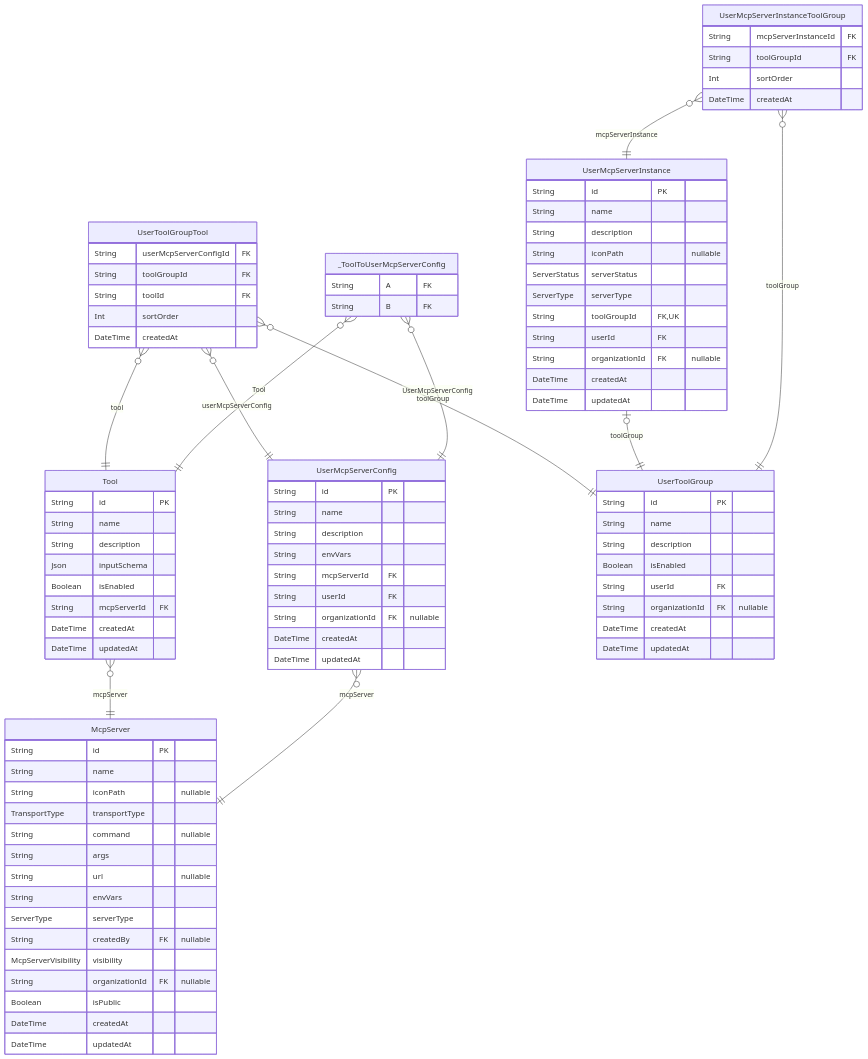
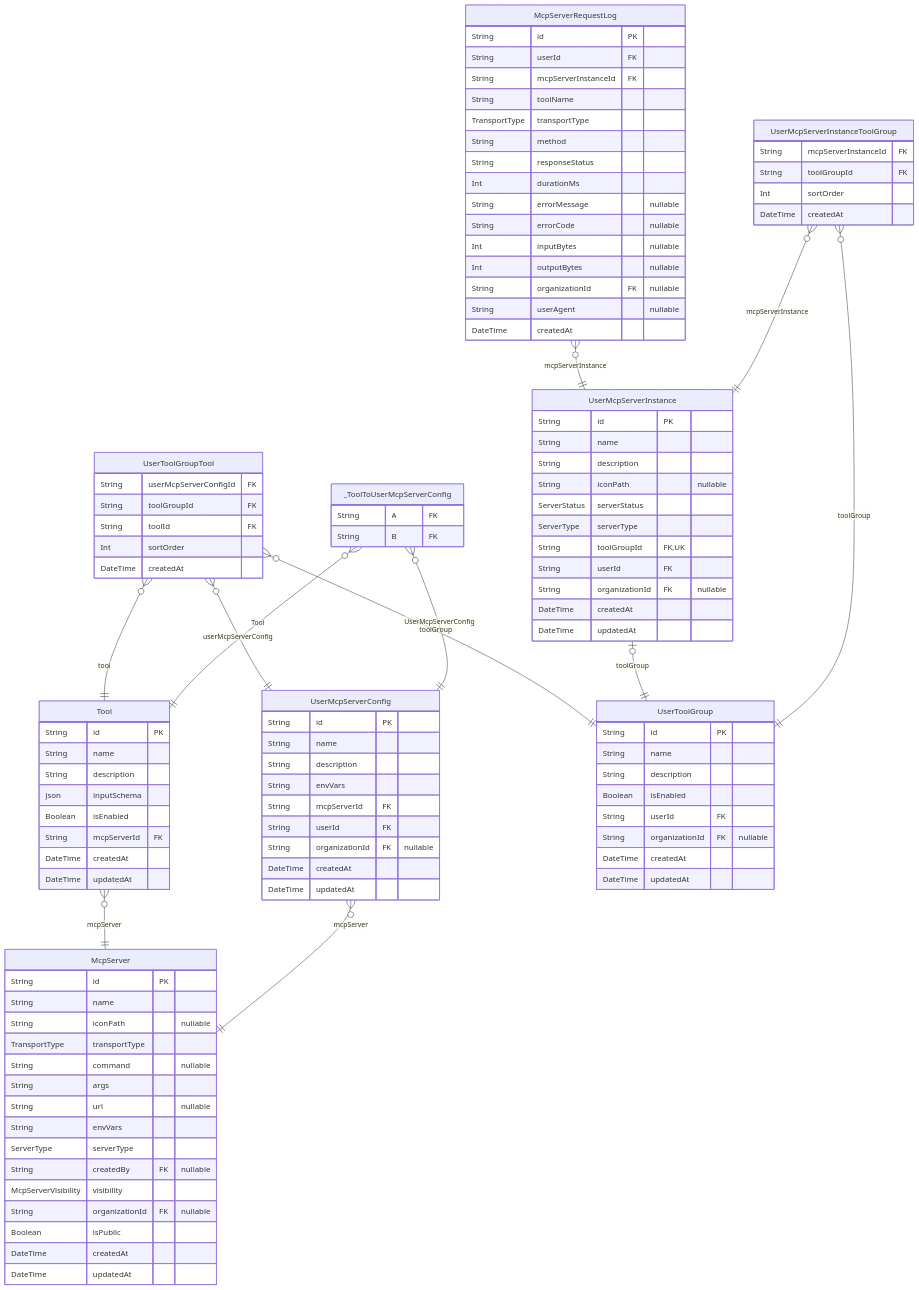
One commit to rayven122/tumiki changed the third of 7 diagrams in packages/db/prisma/README.md. Above: the diagram before and after it, drawn with Mermaid. The commit also changed other lines of this file and 10 other files, not shown here.

```diff
--- a/packages/db/prisma/README.md
+++ b/packages/db/prisma/README.md
@@ -148,6 +148,23 @@
   DateTime createdAt
   DateTime updatedAt
 }
+"McpServerRequestLog" {
+  String id PK
+  String userId FK
+  String mcpServerInstanceId FK
+  String toolName
+  TransportType transportType
+  String method
+  String responseStatus
+  Int durationMs
+  String errorMessage "nullable"
+  String errorCode "nullable"
+  Int inputBytes "nullable"
+  Int outputBytes "nullable"
+  String organizationId FK "nullable"
+  String userAgent "nullable"
+  DateTime createdAt
+}
 "_ToolToUserMcpServerConfig" {
   String A FK
   String B FK
@@ -164,6 +181,7 @@
 "UserToolGroupTool" }o--|| "UserToolGroup" : toolGroup
 "UserToolGroupTool" }o--|| "Tool" : tool
 "UserMcpServerInstance" |o--|| "UserToolGroup" : toolGroup
+"McpServerRequestLog" }o--|| "UserMcpServerInstance" : mcpServerInstance
 "_ToolToUserMcpServerConfig" }o--|| "Tool" : Tool
 "_ToolToUserMcpServerConfig" }o--|| "UserMcpServerConfig" : UserMcpServerConfig
 "UserMcpServerInstanceToolGroup" }o--|| "UserMcpServerInstance" : mcpServerInstance
```
